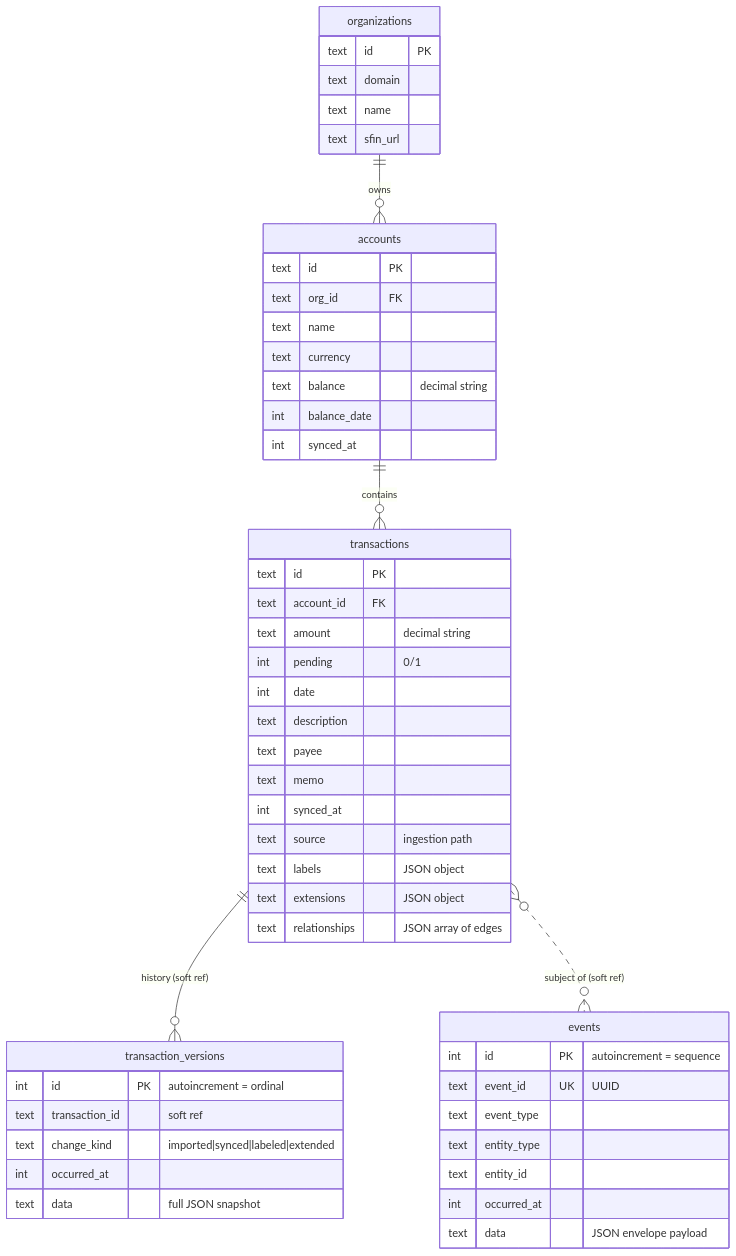
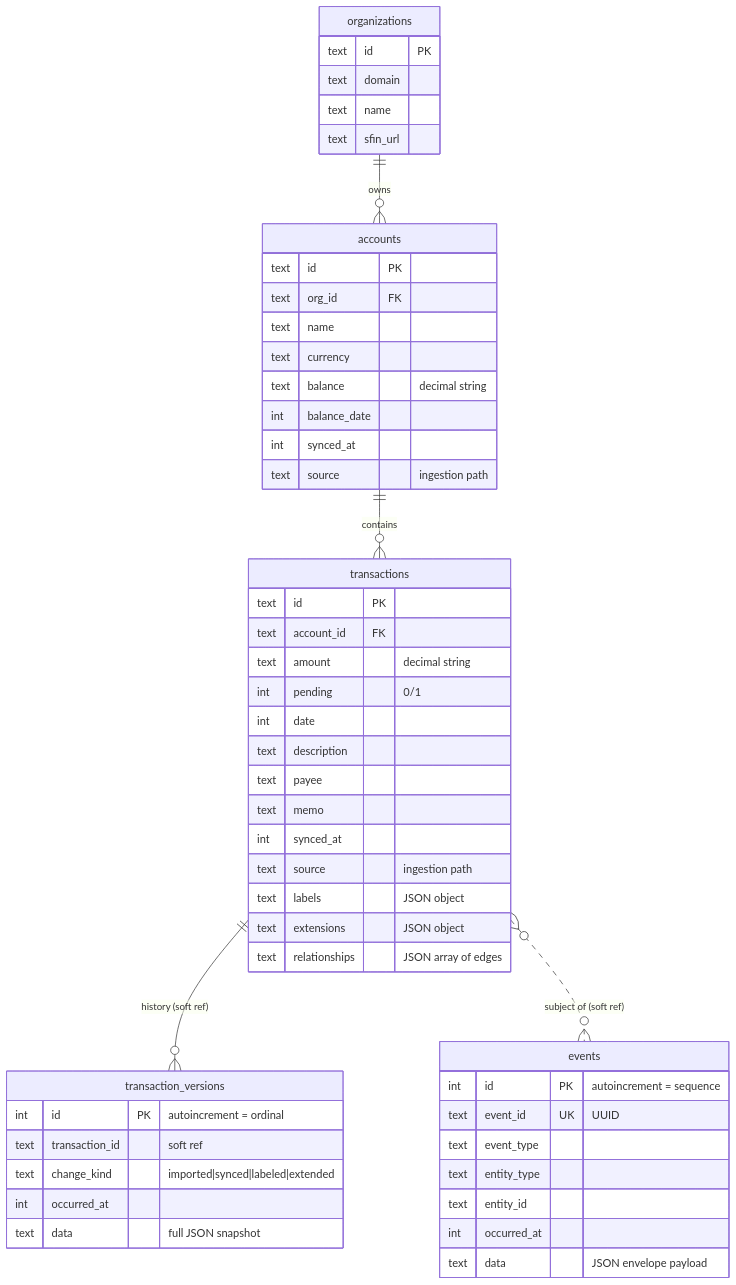
The first of 2 diagrams in docs/architecture/data-model.md (paulmeier/kasas), drawn with Mermaid before and after one commit. The commit also changed other lines of this file and 46 other files, not shown here.

````diff
--- a/docs/architecture/data-model.md
+++ b/docs/architecture/data-model.md
@@ -11,54 +11,55 @@
 ```mermaid
 erDiagram
     organizations ||--o{ accounts : "owns"
     accounts ||--o{ transactions : "contains"
     transactions ||--o{ transaction_versions : "history (soft ref)"
     transactions }o..o{ events : "subject of (soft ref)"
 
     organizations {
         text id PK
         text domain
         text name
         text sfin_url
     }
     accounts {
         text id PK
         text org_id FK
         text name
         text currency
         text balance "decimal string"
         int  balance_date
         int  synced_at
+        text source "ingestion path"
     }
     transactions {
         text id PK
         text account_id FK
         text amount "decimal string"
         int  pending "0/1"
         int  date
         text description
         text payee
         text memo
         int  synced_at
         text source "ingestion path"
         text labels "JSON object"
         text extensions "JSON object"
         text relationships "JSON array of edges"
     }
     transaction_versions {
         int  id PK "autoincrement = ordinal"
         text transaction_id "soft ref"
         text change_kind "imported|synced|labeled|extended"
         int  occurred_at
         text data "full JSON snapshot"
     }
     events {
         int  id PK "autoincrement = sequence"
         text event_id UK "UUID"
         text event_type
         text entity_type
         text entity_id
         int  occurred_at
         text data "JSON envelope payload"
     }
 ```
````
